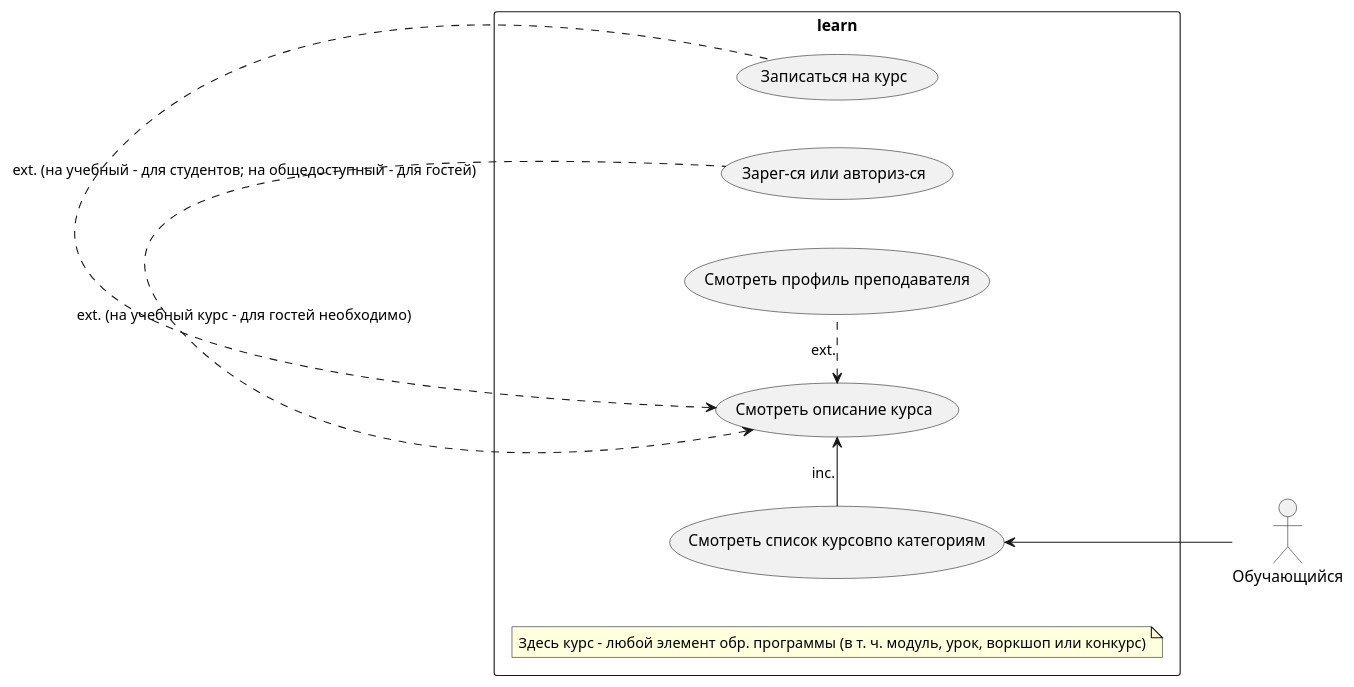
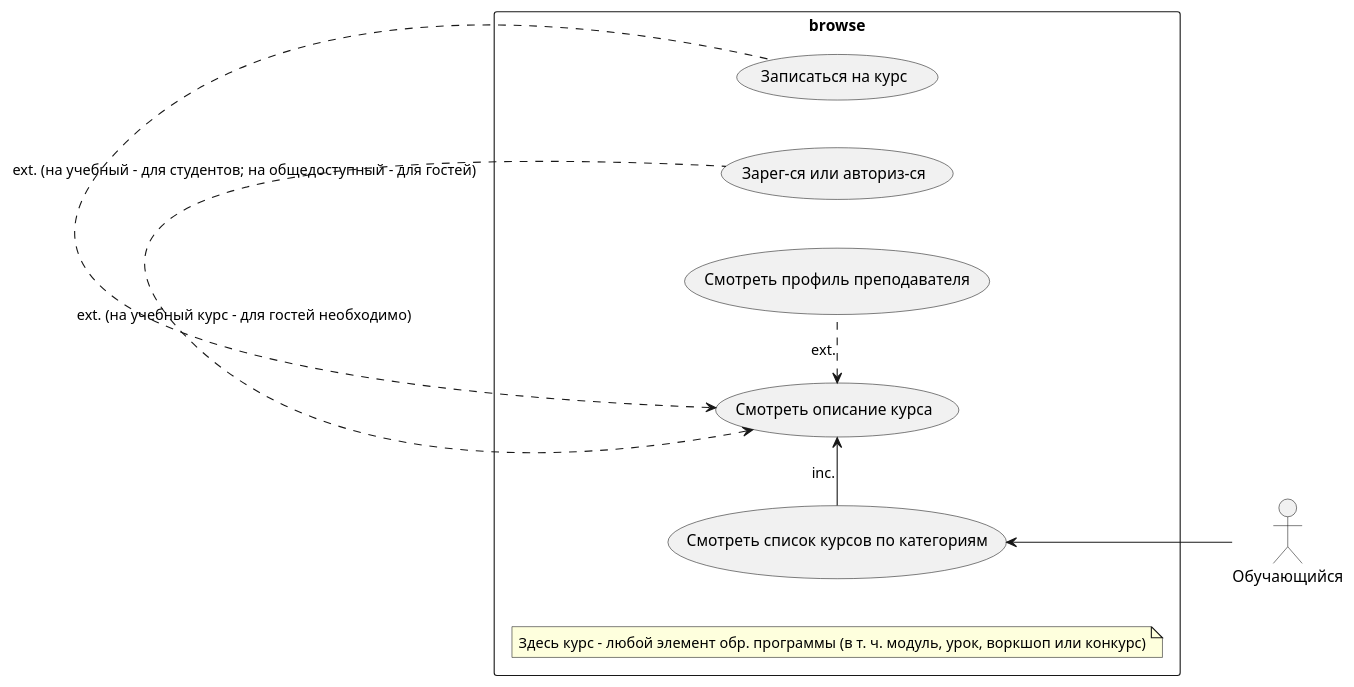
Before and after one commit to karpoftea/mts-kata-2023: the second of 7 diagrams in docs/requirements/requirements.md, drawn with PlantUML. The commit also changed other lines of this file and 3 other files, not shown here.

Commit message:
Добавил sequence для иллюстрации асинхронного взаимодействия, исправил опечатки

````diff
--- a/docs/requirements/requirements.md
+++ b/docs/requirements/requirements.md
@@ -108,24 +108,24 @@
 ```plantuml
 @startuml
 
 left to right direction
 
 actor "Обучающийся" as guest
 
-rectangle learn {
-  usecase "Смотреть список курсовпо категориям" as UC21
+rectangle browse {
+  usecase "Смотреть список курсов по категориям" as UC21
   usecase "Смотреть описание курса" as UC24
   note "Здесь курс - любой элемент обр. программы (в т. ч. модуль, урок, воркшоп или конкурс)" as N21
   usecase "Записаться на курс" as UC25
   usecase "Зарег-ся или авториз-ся" as UC23
   usecase "Смотреть профиль преподавателя" as UC26
 }
 
 guest -up-> UC21
 UC21 -> UC24 : inc.
 UC24 <. UC25 : ext. (на учебный - для студентов; на общедоступный - для гостей)
 UC24 <. UC23 : ext. (на учебный курс - для гостей необходимо)
 UC24 <. UC26 : ext.
 
 @enduml
 ```
````
